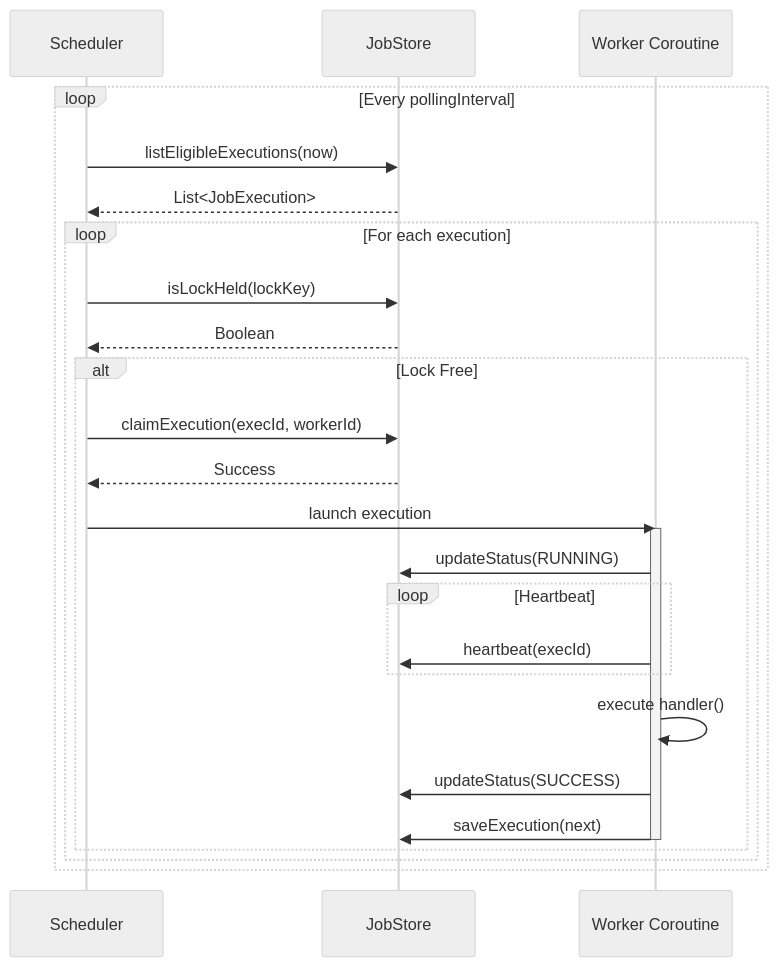
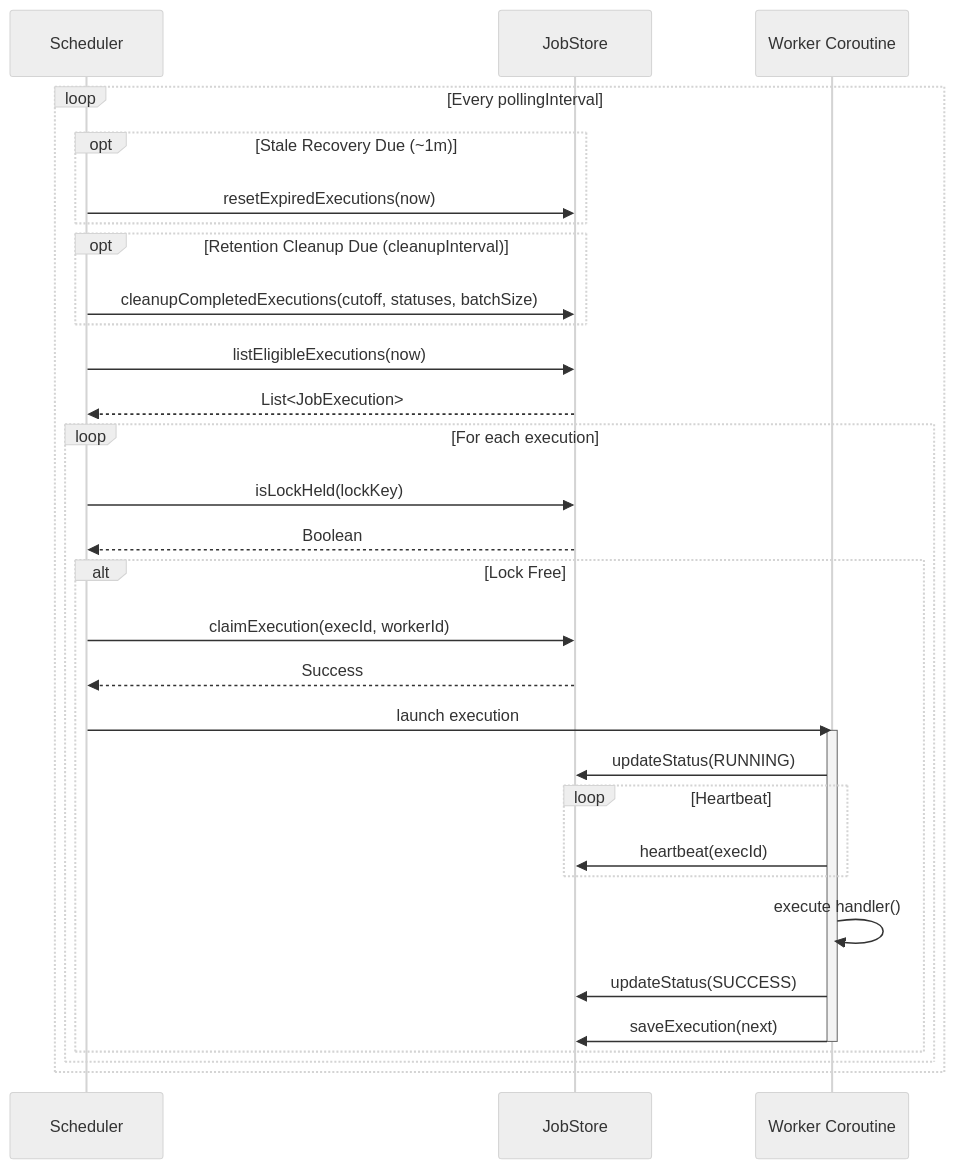
Before and after one commit to juniormichieletto/khrona: the second of 2 diagrams in .specs/codebase/ARCHITECTURE.md, drawn with Mermaid (neutral theme). The commit also changed other lines of this file and 2 other files, not shown here.

Commit message:
docs: synchronize architecture diagrams and changelog with retention cleanup

````diff
--- a/.specs/codebase/ARCHITECTURE.md
+++ b/.specs/codebase/ARCHITECTURE.md
@@ -48,29 +51,35 @@
 ```mermaid
 sequenceDiagram
     participant S as Scheduler
     participant ST as JobStore
     participant W as Worker Coroutine
     
     loop Every pollingInterval
+        opt Stale Recovery Due (~1m)
+            S->>ST: resetExpiredExecutions(now)
+        end
+        opt Retention Cleanup Due (cleanupInterval)
+            S->>ST: cleanupCompletedExecutions(cutoff, statuses, batchSize)
+        end
         S->>ST: listEligibleExecutions(now)
         ST-->>S: List<JobExecution>
         loop For each execution
             S->>ST: isLockHeld(lockKey)
             ST-->>S: Boolean
             alt Lock Free
                 S->>ST: claimExecution(execId, workerId)
                 ST-->>S: Success
                 S->>W: launch execution
                 activate W
                 W->>ST: updateStatus(RUNNING)
                 loop Heartbeat
                     W->>ST: heartbeat(execId)
                 end
                 W->>W: execute handler()
                 W->>ST: updateStatus(SUCCESS)
                 W->>ST: saveExecution(next)
                 deactivate W
             end
         end
     end
 ```
````
